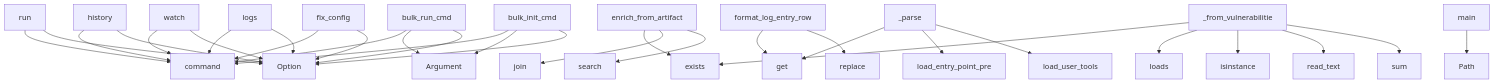
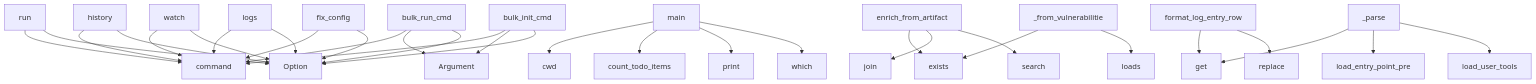
The diagram in project/context.md (semcod/pyqual), drawn with Mermaid before and after one commit. The commit also changed other lines of this file and 64 other files, not shown here.

````diff
--- a/project/context.md
+++ b/project/context.md
@@ -525,33 +534,33 @@
 ```mermaid
 graph TD
     run --> command
     run --> Option
+    main --> cwd
+    main --> count_todo_items
+    main --> print
+    main --> which
     history --> command
     history --> Option
     watch --> command
     watch --> Option
     bulk_run_cmd --> command
     bulk_run_cmd --> Argument
     bulk_run_cmd --> Option
     logs --> command
     logs --> Option
     enrich_from_artifact --> exists
     enrich_from_artifact --> join
     enrich_from_artifact --> search
     fix_config --> command
     fix_config --> Option
     format_log_entry_row --> get
     format_log_entry_row --> replace
     _parse --> get
     _parse --> load_entry_point_pre
     _parse --> load_user_tools
     bulk_init_cmd --> command
     bulk_init_cmd --> Argument
     bulk_init_cmd --> Option
     _from_vulnerabilitie --> exists
     _from_vulnerabilitie --> loads
-    _from_vulnerabilitie --> isinstance
-    _from_vulnerabilitie --> read_text
-    _from_vulnerabilitie --> sum
-    main --> Path
 ```
````
